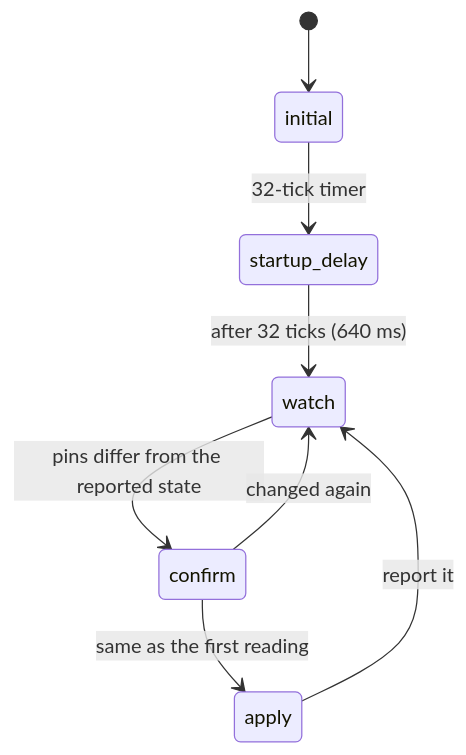
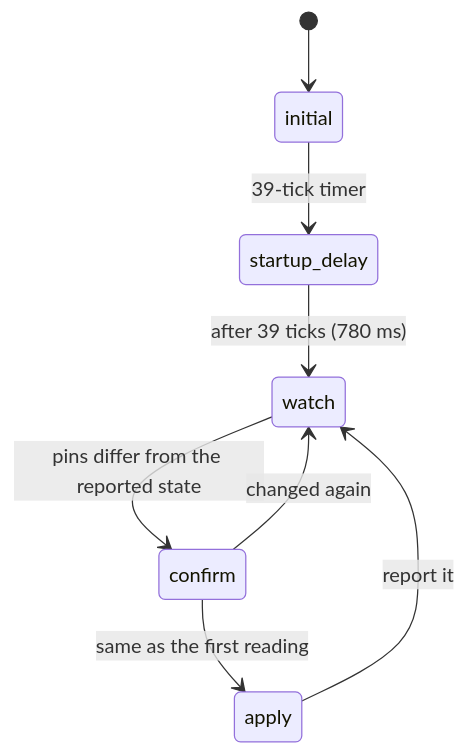
One commit to edlf/xbox_pico_smc changed the first of 4 diagrams in docs/state-machines/dvd_tray.md. Above: the diagram before and after it, drawn with Mermaid. The commit also changed other lines of this file and 11 other files, not shown here.

````diff
--- a/docs/state-machines/dvd_tray.md
+++ b/docs/state-machines/dvd_tray.md
@@ -15,10 +15,10 @@
 ```mermaid
 stateDiagram-v2
     [*] --> initial
-    initial --> startup_delay: 32-tick timer
-    startup_delay --> watch: after 32 ticks (640 ms)
+    initial --> startup_delay: 39-tick timer
+    startup_delay --> watch: after 39 ticks (780 ms)
     watch --> confirm: pins differ from the reported state
     confirm --> watch: changed again
     confirm --> apply: same as the first reading
     apply --> watch: report it
 ```
````
